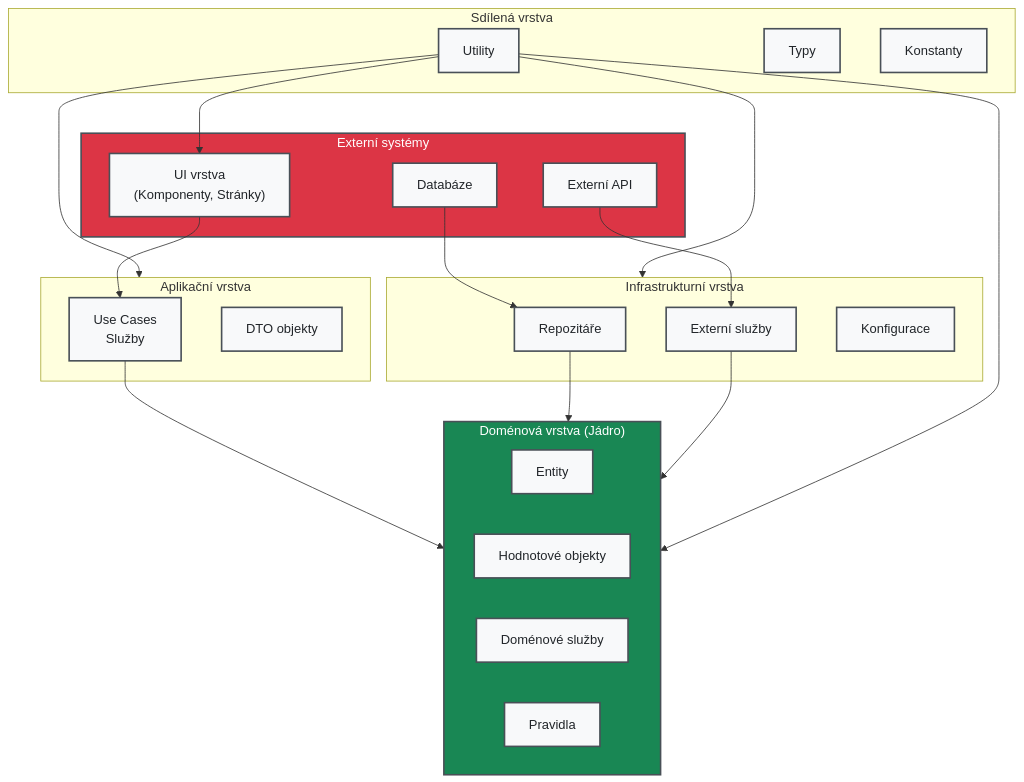
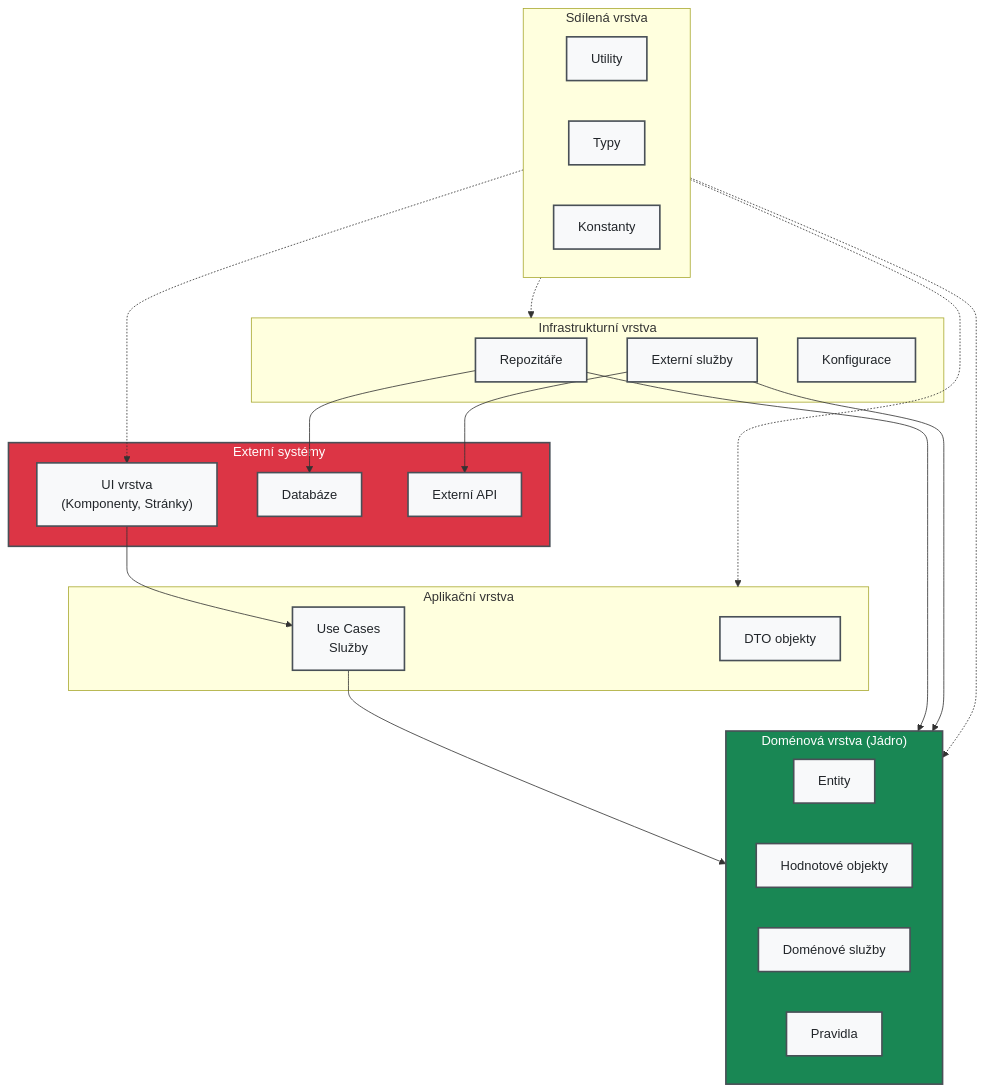
One commit to HopefulDavid/docs_developer changed the diagram in programming/cleanArchitecture.md. Above: the diagram before and after it, drawn with Mermaid.

Commit message:
fix(Clean Architecture): opraven graf závyslostí

````diff
--- a/programming/cleanArchitecture.md
+++ b/programming/cleanArchitecture.md
@@ -18,54 +18,56 @@
 ```mermaid
 graph TB
     subgraph Externí["Externí systémy"]
         UI["UI vrstva<br>(Komponenty, Stránky)"]
         DB["Databáze"]
         API["Externí API"]
     end
 
     subgraph Aplikační["Aplikační vrstva"]
         UseCases["Use Cases<br>Služby"]
         DTOs["DTO objekty"]
     end
 
     subgraph Doménová["Doménová vrstva (Jádro)"]
         Entity["Entity"]
         HodnotyObj["Hodnotové objekty"]
         DomenovéSlužby["Doménové služby"]
         Pravidla["Pravidla"]
     end
 
     subgraph Infrastruktura["Infrastrukturní vrstva"]
         Repozitáře["Repozitáře"]
         ExtSlužby["Externí služby"]
         Konfigurace["Konfigurace"]
     end
 
     subgraph Sdílené["Sdílená vrstva"]
         Utility["Utility"]
         Typy["Typy"]
         Konstanty["Konstanty"]
     end
 
-    %% Závislosti
+    %% Správné závislosti - směrem dovnitř k doméně
     UI --> UseCases
     UseCases --> Doménová
-    Repozitáře --> Doménová
-    ExtSlužby --> Doménová
-    DB --> Repozitáře
-    API --> ExtSlužby
-
+    Repozitáře ---> Doménová
+    ExtSlužby ---> Doménová
+    
+    %% Implementační závislosti
+    Repozitáře --> DB
+    ExtSlužby --> API
+    
     %% Sdílené závislosti
-    Utility --> UI
-    Utility --> Aplikační
-    Utility --> Doménová
-    Utility --> Infrastruktura
+    Sdílené -.-> UI
+    Sdílené -.-> Aplikační
+    Sdílené -.-> Doménová
+    Sdílené -.-> Infrastruktura
 
     %% Stylování pro light/dark mode
     classDef default fill:#f8f9fa,stroke:#495057,stroke-width:2px,color:#212529;
     classDef core fill:#198754,stroke:#495057,stroke-width:2px,color:#fff;
     classDef external fill:#dc3545,stroke:#495057,stroke-width:2px,color:#fff;
 
     class Doménová core;
     class Externí external;
 ```
````
